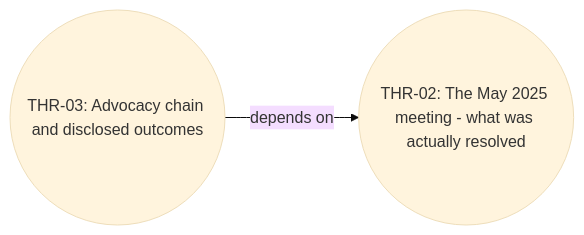
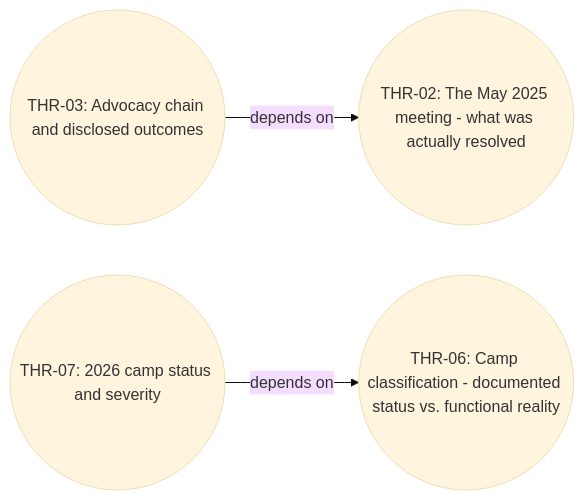
Diagram 28 of 49 in docs/RELATIONSHIP_MAP.md (mayhem82/mayhem-investigations), drawn with Mermaid (base theme) before and after one commit. The commit also changed other lines of this file, not shown here.

````diff
--- a/docs/RELATIONSHIP_MAP.md
+++ b/docs/RELATIONSHIP_MAP.md
@@ -838,6 +838,9 @@
 ```mermaid
 flowchart LR
   DFAPTI_BB_FF_2026_00001_THRD_THR_03(("THR-03: Advocacy chain and disclosed outcomes"))
   DFAPTI_BB_FF_2026_00001_THRD_THR_02(("THR-02: The May 2025 meeting - what was actually resolved"))
+  DFAPTI_BB_FF_2026_00001_THRD_THR_07(("THR-07: 2026 camp status and severity"))
+  DFAPTI_BB_FF_2026_00001_THRD_THR_06(("THR-06: Camp classification - documented status vs. functional reality"))
   DFAPTI_BB_FF_2026_00001_THRD_THR_03 -- "depends on" --> DFAPTI_BB_FF_2026_00001_THRD_THR_02
+  DFAPTI_BB_FF_2026_00001_THRD_THR_07 -- "depends on" --> DFAPTI_BB_FF_2026_00001_THRD_THR_06
 ```
````
